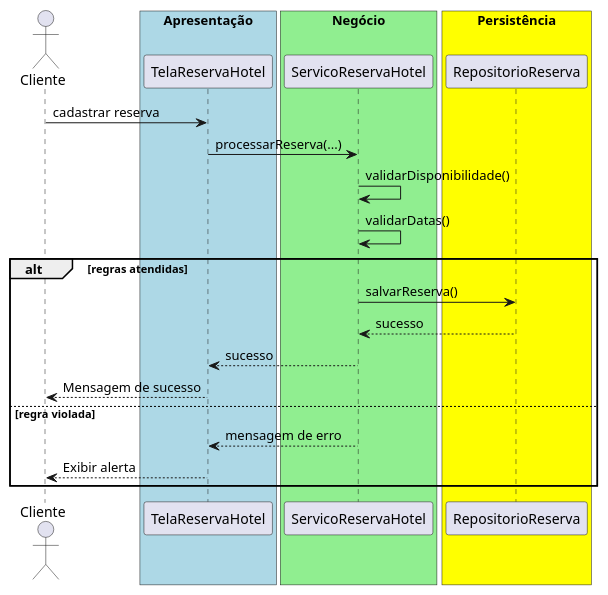
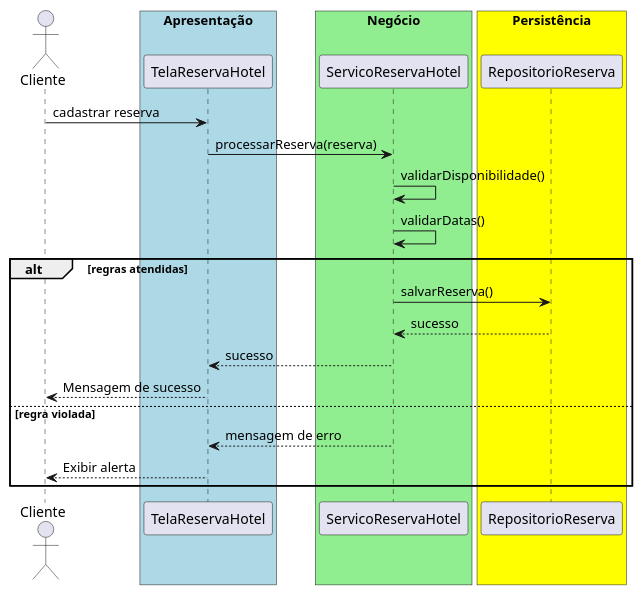
Before and after one commit to 20261-ifba-saj-ads-poo/blog: the diagram in src/trabalhos/Trabalho20.md, drawn with PlantUML. The commit also changed other lines of this file and 35 other files, not shown here.

````diff
--- a/src/trabalhos/Trabalho20.md
+++ b/src/trabalhos/Trabalho20.md
@@ -28,27 +28,27 @@
 ```plantuml{kroki=true}
 @startuml
 actor Cliente
 box "Apresentação" #lightblue
     participant TelaReservaHotel
 end box
 box "Negócio" #lightgreen
     participant ServicoReservaHotel
 end box
 box "Persistência" #yellow
     participant RepositorioReserva
 end box
 Cliente -> TelaReservaHotel : cadastrar reserva
-TelaReservaHotel -> ServicoReservaHotel : processarReserva(...)
+TelaReservaHotel -> ServicoReservaHotel : processarReserva(reserva)
 ServicoReservaHotel -> ServicoReservaHotel : validarDisponibilidade()
 ServicoReservaHotel -> ServicoReservaHotel : validarDatas()
 alt regras atendidas
     ServicoReservaHotel -> RepositorioReserva : salvarReserva()
     RepositorioReserva --> ServicoReservaHotel : sucesso
     ServicoReservaHotel --> TelaReservaHotel : sucesso
     TelaReservaHotel --> Cliente : Mensagem de sucesso
 else regra violada
     ServicoReservaHotel --> TelaReservaHotel : mensagem de erro
     TelaReservaHotel --> Cliente : Exibir alerta
 end
 @enduml
 ```
````
